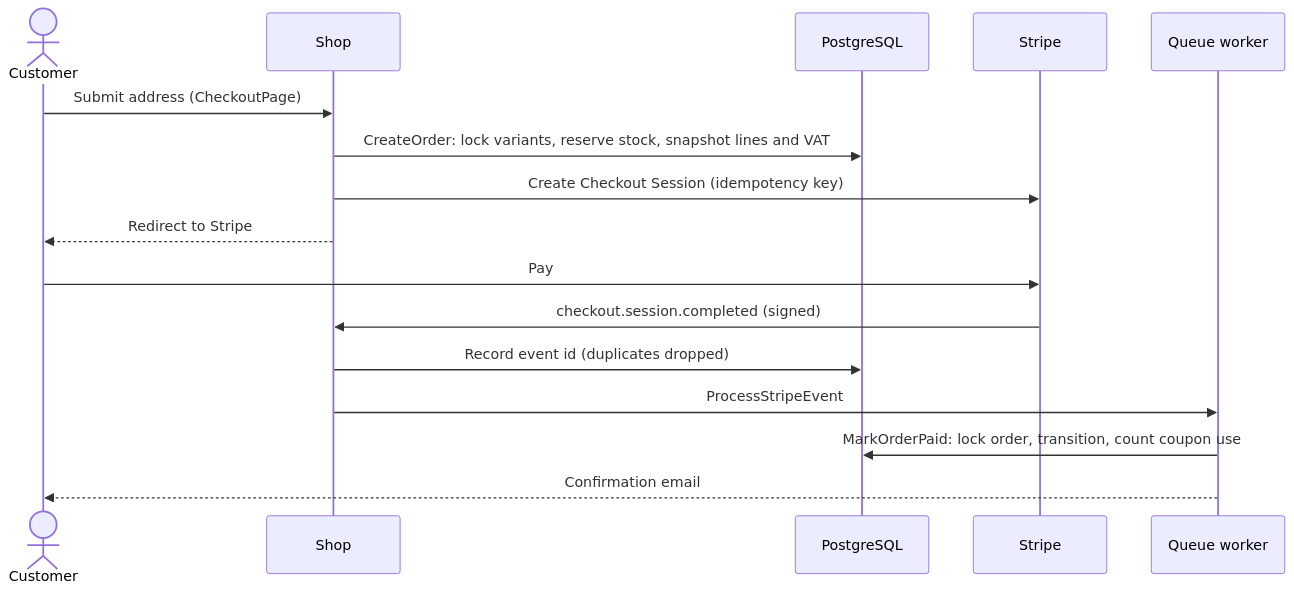
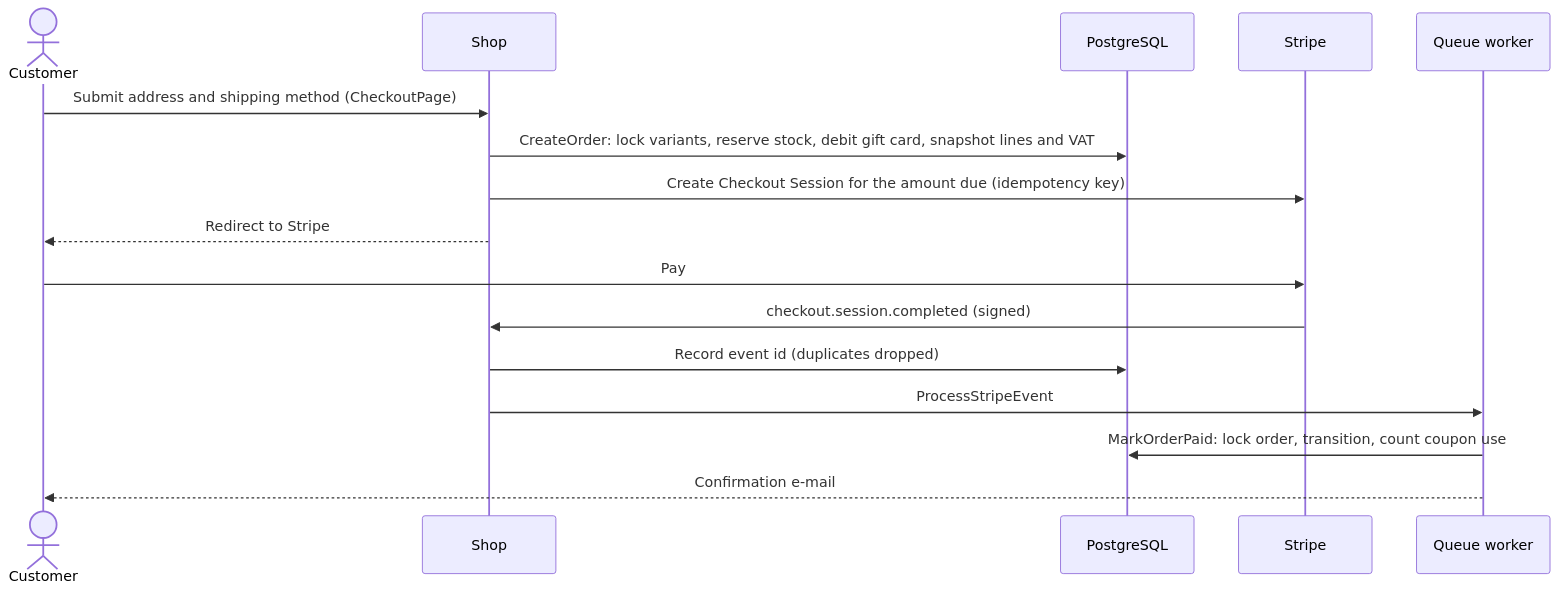
Before and after one commit to Sycatle/4shion: the first of 3 diagrams in README.md, drawn with Mermaid. The commit also changed other lines of this file and 8 other files, not shown here.

Commit message:
docs: rewrite the README to cover the whole shop, add screenshots and the roadmap

````diff
--- a/README.md
+++ b/README.md
@@ -97,19 +152,19 @@
 ```mermaid
 sequenceDiagram
     actor C as Customer
     participant S as Shop
     participant DB as PostgreSQL
     participant St as Stripe
     participant Q as Queue worker
 
-    C->>S: Submit address (CheckoutPage)
-    S->>DB: CreateOrder: lock variants, reserve stock, snapshot lines and VAT
-    S->>St: Create Checkout Session (idempotency key)
+    C->>S: Submit address and shipping method (CheckoutPage)
+    S->>DB: CreateOrder: lock variants, reserve stock, debit gift card, snapshot lines and VAT
+    S->>St: Create Checkout Session for the amount due (idempotency key)
     S-->>C: Redirect to Stripe
     C->>St: Pay
     St->>S: checkout.session.completed (signed)
     S->>DB: Record event id (duplicates dropped)
     S->>Q: ProcessStripeEvent
     Q->>DB: MarkOrderPaid: lock order, transition, count coupon use
-    Q-->>C: Confirmation email
+    Q-->>C: Confirmation e-mail
 ```
````
